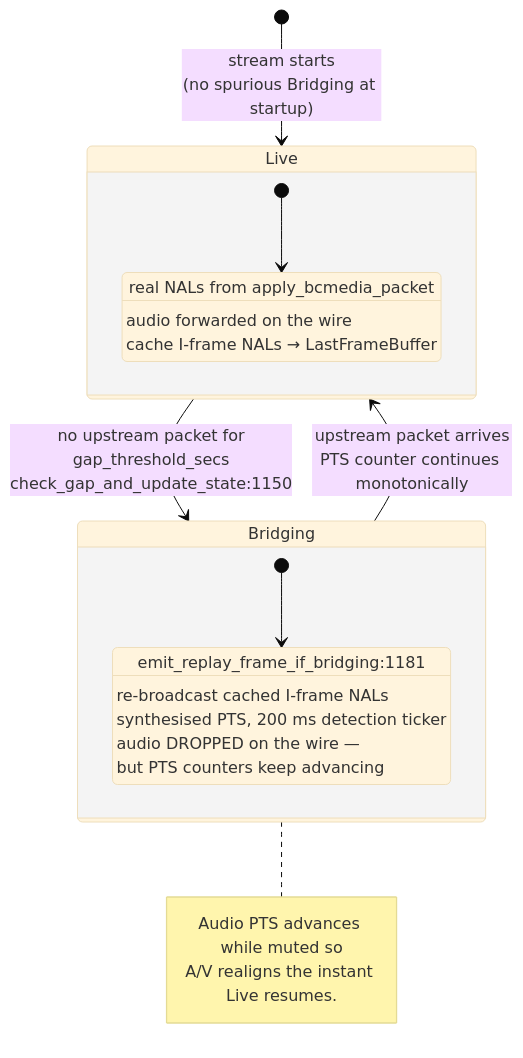
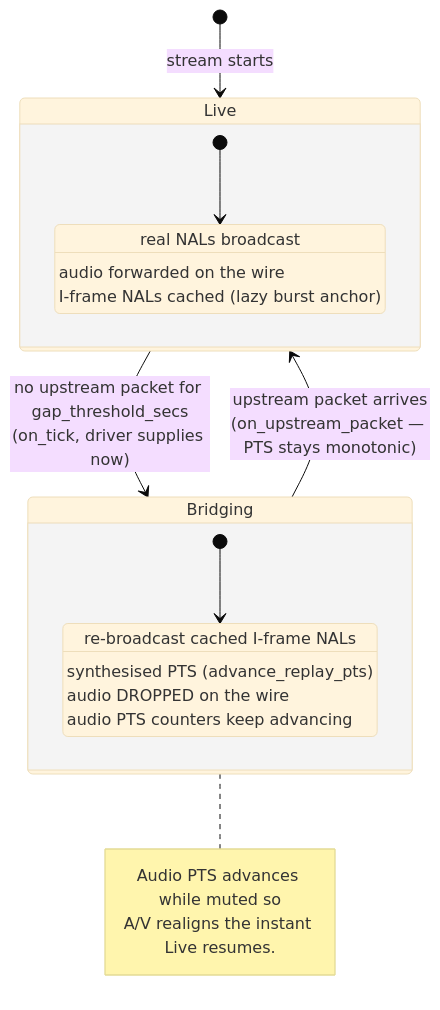
The sixth of 14 diagrams in docs/code-paths.md (hsoj/bairelay), drawn with Mermaid (base theme) before and after one commit. The commit also changed other lines of this file and 7 other files, not shown here.

````diff
--- a/docs/code-paths.md
+++ b/docs/code-paths.md
@@ -337,29 +232,27 @@
 ```mermaid
 stateDiagram-v2
-    [*] --> Live : stream starts<br/>(no spurious Bridging at startup)
+    [*] --> Live : stream starts
 
-    Live --> Bridging : no upstream packet for<br/>gap_threshold_secs<br/>check_gap_and_update_state:1150
-
-    Bridging --> Live : upstream packet arrives<br/>PTS counter continues monotonically
+    Live --> Bridging : no upstream packet for gap_threshold_secs<br/>(on_tick, driver supplies now)
+    Bridging --> Live : upstream packet arrives<br/>(on_upstream_packet — PTS stays monotonic)
 
     state Live {
         [*] --> Forwarding
-        Forwarding : real NALs from apply_bcmedia_packet
+        Forwarding : real NALs broadcast
         Forwarding : audio forwarded on the wire
-        Forwarding : cache I-frame NALs → LastFrameBuffer
+        Forwarding : I-frame NALs cached (lazy burst anchor)
     }
 
     state Bridging {
         [*] --> Replaying
-        Replaying : emit_replay_frame_if_bridging:1181
         Replaying : re-broadcast cached I-frame NALs
-        Replaying : synthesised PTS, 200 ms detection ticker
-        Replaying : audio DROPPED on the wire —
-        Replaying : but PTS counters keep advancing
+        Replaying : synthesised PTS (advance_replay_pts)
+        Replaying : audio DROPPED on the wire
+        Replaying : audio PTS counters keep advancing
     }
 
     note right of Bridging
         Audio PTS advances while muted so
         A/V realigns the instant Live resumes.
     end note
 ```
````
